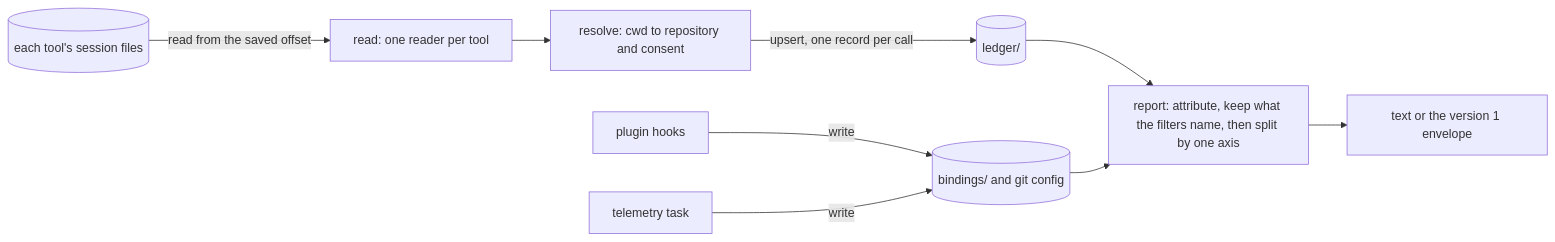
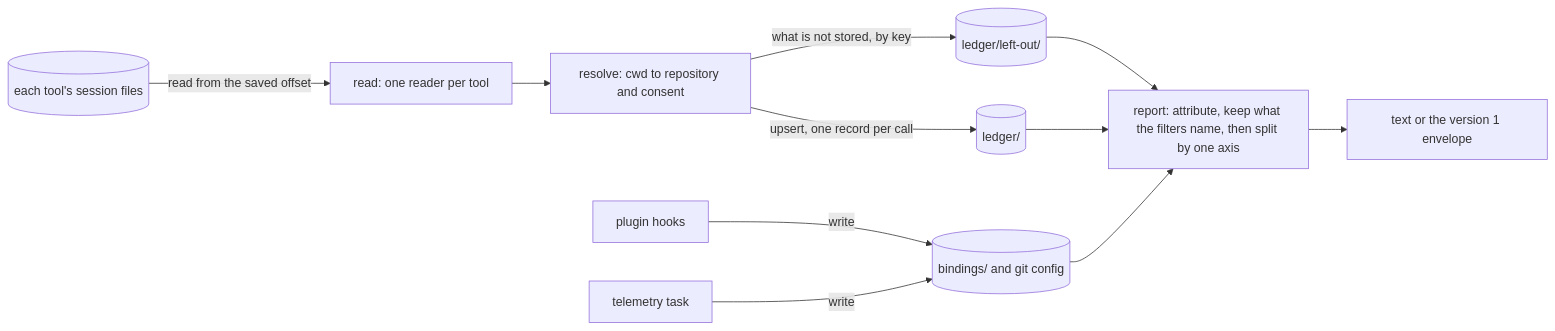
The diagram in cli/aidd_docs/memory/telemetry.md (ai-driven-dev/framework), drawn with Mermaid before and after one commit. The commit also changed other lines of this file and 18 other files, not shown here.

First line of the commit message:
fix(telemetry): what an ingest leaves out reaches every report

````diff
--- a/cli/aidd_docs/memory/telemetry.md
+++ b/cli/aidd_docs/memory/telemetry.md
@@ -18,11 +18,13 @@
 ```mermaid
 flowchart LR
     Files[("each tool's session files")] -->|read from the saved offset| Reader["read: one reader per tool"]
     Reader --> Resolver["resolve: cwd to repository and consent"]
     Resolver -->|upsert, one record per call| Ledger[("ledger/")]
+    Resolver -->|what is not stored, by key| Left[("ledger/left-out/")]
+    Left --> Report
     Hooks["plugin hooks"] -->|write| Bindings[("bindings/ and git config")]
     Task["telemetry task"] -->|write| Bindings
     Ledger --> Report["report: attribute, keep what the filters name, then split by one axis"]
     Bindings --> Report
     Report --> Out["text or the version 1 envelope"]
 ```
````
